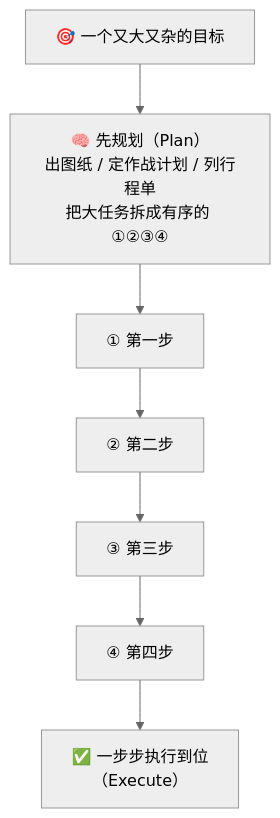
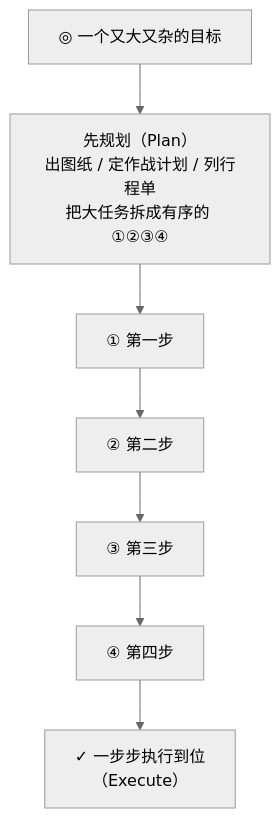
One commit to luckykhy/KhyAiHub changed the second of 5 diagrams in docs/02_CONCEPTS_概念入门/CONCEPT/[CONCEPT-23] 什么是计划与执行-PlanAndExecute.md. Above: the diagram before and after it, drawn with Mermaid (neutral theme). The commit also changed other lines of this file, not shown here.

````diff
--- a/docs/02_CONCEPTS_概念入门/CONCEPT/[CONCEPT-23] 什么是计划与执行-PlanAndExecute.md
+++ b/docs/02_CONCEPTS_概念入门/CONCEPT/[CONCEPT-23] 什么是计划与执行-PlanAndExecute.md
@@ -73,10 +73,10 @@
 ```mermaid
 flowchart TB
-  GOAL["🎯 一个又大又杂的目标"]
-  GOAL --> PLAN["🧠 先规划（Plan）<br/>出图纸 / 定作战计划 / 列行程单<br/>把大任务拆成有序的 ①②③④"]
+  GOAL["◎ 一个又大又杂的目标"]
+  GOAL --> PLAN["先规划（Plan）<br/>出图纸 / 定作战计划 / 列行程单<br/>把大任务拆成有序的 ①②③④"]
   PLAN --> S1["① 第一步"]
   S1 --> S2["② 第二步"]
   S2 --> S3["③ 第三步"]
   S3 --> S4["④ 第四步"]
-  S4 --> DONE["✅ 一步步执行到位<br/>（Execute）"]
+  S4 --> DONE["✓ 一步步执行到位<br/>（Execute）"]
 ```
````
